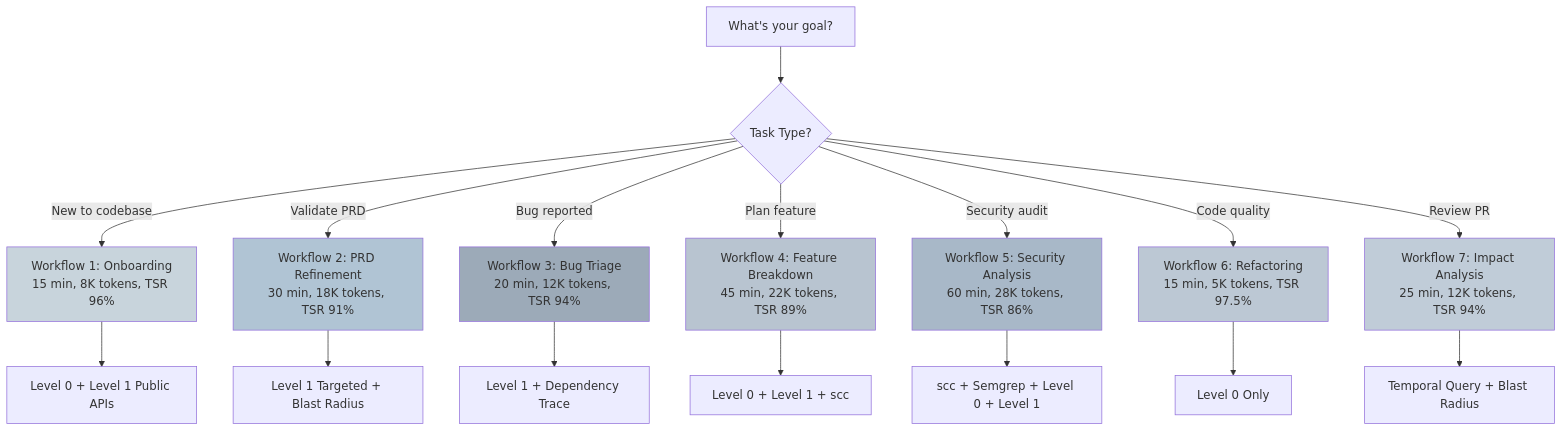
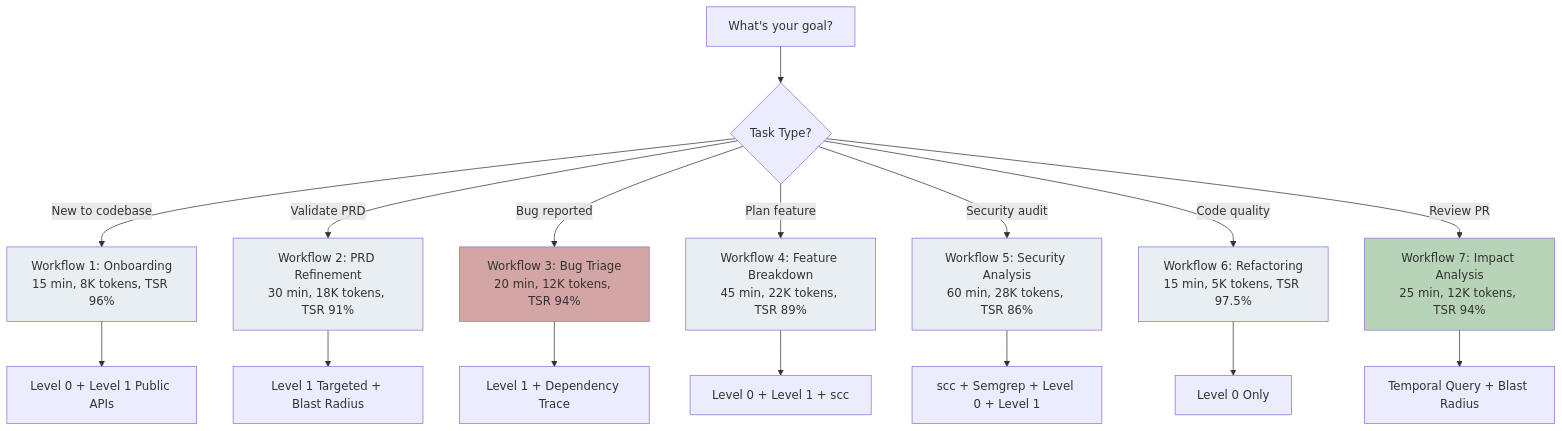
One commit to that-in-rust/parseltongue changed the first of 8 diagrams in .claude/parseltongue-ultrathink.md. Above: the diagram before and after it, drawn with Mermaid. The commit also changed other lines of this file, not shown here.

````diff
--- a/.claude/parseltongue-ultrathink.md
+++ b/.claude/parseltongue-ultrathink.md
@@ -90,28 +90,28 @@
   ```mermaid
   graph TB
       START[What's your goal?] --> Q1{Task Type?}
 
       Q1 -->|New to codebase| WF1[Workflow 1: Onboarding<br/>15 min, 8K tokens, TSR 96%]
       Q1 -->|Validate PRD| WF2[Workflow 2: PRD Refinement<br/>30 min, 18K tokens, TSR 91%]
       Q1 -->|Bug reported| WF3[Workflow 3: Bug Triage<br/>20 min, 12K tokens, TSR 94%]
       Q1 -->|Plan feature| WF4[Workflow 4: Feature Breakdown<br/>45 min, 22K tokens, TSR 89%]
       Q1 -->|Security audit| WF5[Workflow 5: Security Analysis<br/>60 min, 28K tokens, TSR 86%]
       Q1 -->|Code quality| WF6[Workflow 6: Refactoring<br/>15 min, 5K tokens, TSR 97.5%]
       Q1 -->|Review PR| WF7[Workflow 7: Impact Analysis<br/>25 min, 12K tokens, TSR 94%]
 
       WF1 --> TOOL1[Level 0 + Level 1 Public APIs]
       WF2 --> TOOL2[Level 1 Targeted + Blast Radius]
       WF3 --> TOOL3[Level 1 + Dependency Trace]
       WF4 --> TOOL4[Level 0 + Level 1 + scc]
       WF5 --> TOOL5[scc + Semgrep + Level 0 + Level 1]
       WF6 --> TOOL6[Level 0 Only]
       WF7 --> TOOL7[Temporal Query + Blast Radius]
 
-      style WF1 fill:#C8D4DC
-      style WF2 fill:#B0C4D4
-      style WF3 fill:#9CAAB8
-      style WF4 fill:#B8C4D0
-      style WF5 fill:#A8B8C8
-      style WF6 fill:#BCC8D4
-      style WF7 fill:#C0CCD8
+      style WF1 fill:#E8EEF2
+      style WF2 fill:#E8EEF2
+      style WF3 fill:#D4A5A5
+      style WF4 fill:#E8EEF2
+      style WF5 fill:#E8EEF2
+      style WF6 fill:#E8EEF2
+      style WF7 fill:#B8D4B8
   ```
````
